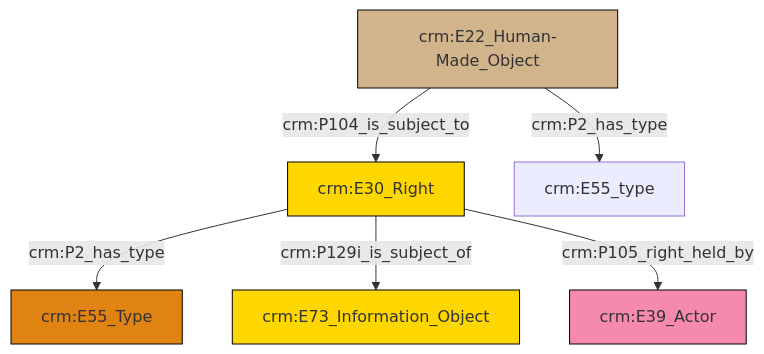
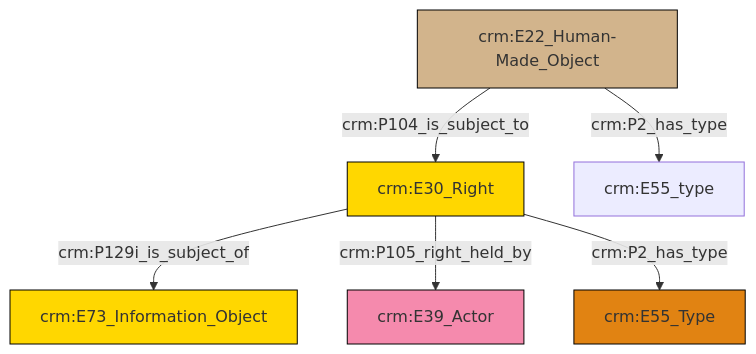
Before and after one commit to swiss-art-research-net/reference-data-models: the diagram in et/builtWorkCSV/ttl/mmd/Built_Work_rights.ttl.mmd, drawn with Mermaid. The commit also changed 129 other files, not shown here.

```diff
--- a/et/builtWorkCSV/ttl/mmd/Built_Work_rights.ttl.mmd
+++ b/et/builtWorkCSV/ttl/mmd/Built_Work_rights.ttl.mmd
@@ -1,20 +1,20 @@
 graph TD
 classDef Literal fill:#f2f2f2,stroke:#000000;
 classDef CRM_Entity fill:#FFFFFF,stroke:#000000;
 classDef Temporal_Entity fill:#00C9E6, stroke:#000000;
 classDef Type fill:#E18312, stroke:#000000;
 classDef Time-Span fill:#2C9C91, stroke:#000000;
 classDef Appellation fill:#FFEB7F, stroke:#000000;
 classDef Place fill:#008836, stroke:#000000;
 classDef Persistent_Item fill:#B266B2, stroke:#000000;
 classDef Conceptual_Object fill:#FFD700, stroke:#000000;
 classDef Physical_Thing fill:#D2B48C, stroke:#000000;
 classDef Actor fill:#f58aad, stroke:#000000;
 classDef PC_Classes fill:#4ce600, stroke:#000000;
 classDef Multi fill:#cccccc,stroke:#000000;
 
-0["crm:E30_Right"]:::Conceptual_Object -->|crm:P2_has_type| 1["crm:E55_Type"]:::Type
-0["crm:E30_Right"]:::Conceptual_Object -->|crm:P129i_is_subject_of| 4["crm:E73_Information_Object"]:::Conceptual_Object
-2["crm:E22_Human-Made_Object"]:::Physical_Thing -->|crm:P104_is_subject_to| 0["crm:E30_Right"]:::Conceptual_Object
-0["crm:E30_Right"]:::Conceptual_Object -->|crm:P105_right_held_by| 5["crm:E39_Actor"]:::Actor
-2["crm:E22_Human-Made_Object"]:::Physical_Thing -->|crm:P2_has_type| 8["crm:E55_type"]:::Default
+0["crm:E30_Right"]:::Conceptual_Object -->|crm:P129i_is_subject_of| 1["crm:E73_Information_Object"]:::Conceptual_Object
+4["crm:E22_Human-Made_Object"]:::Physical_Thing -->|crm:P104_is_subject_to| 0["crm:E30_Right"]:::Conceptual_Object
+0["crm:E30_Right"]:::Conceptual_Object -->|crm:P105_right_held_by| 6["crm:E39_Actor"]:::Actor
+0["crm:E30_Right"]:::Conceptual_Object -->|crm:P2_has_type| 7["crm:E55_Type"]:::Type
+4["crm:E22_Human-Made_Object"]:::Physical_Thing -->|crm:P2_has_type| 2["crm:E55_type"]:::Default
```
